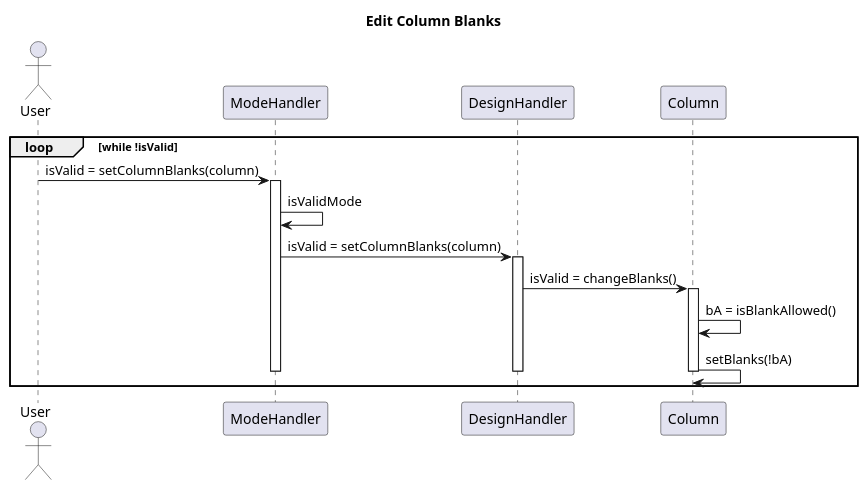
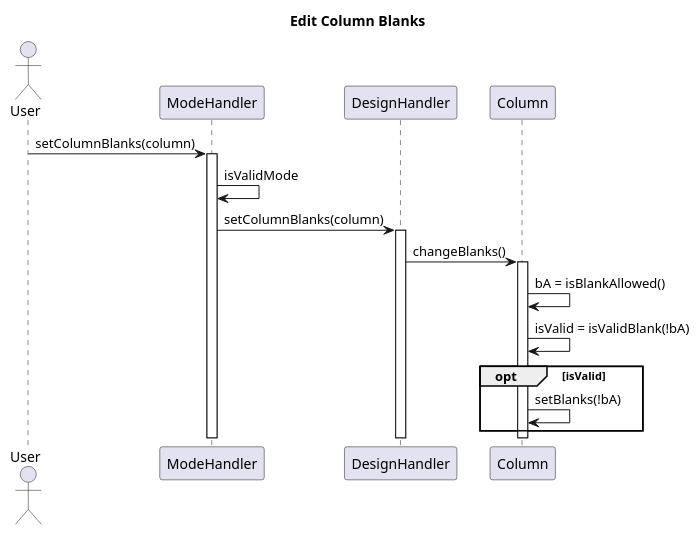
Before and after one commit to Bhamoss/softwareOntwerpProject: the diagram in diagrams/interactionDiagrams/editColumnBlanks.puml, drawn with PlantUML. The commit also changed 2 other files, not shown here.

Commit message:
interaction sequence diagram of editColumnCharacteristic

```diff
--- a/diagrams/interactionDiagrams/editColumnBlanks.puml
+++ b/diagrams/interactionDiagrams/editColumnBlanks.puml
@@ -1,23 +1,27 @@
 @startuml
 title Edit Column Blanks
 Actor User
 
-loop while !isValid
-    User -> ModeHandler: isValid = setColumnBlanks(column)
+
+    User -> ModeHandler: setColumnBlanks(column)
     activate ModeHandler
     ModeHandler -> ModeHandler: isValidMode
-    ModeHandler -> DesignHandler: isValid = setColumnBlanks(column)
+    ModeHandler -> DesignHandler: setColumnBlanks(column)
     activate DesignHandler
-    DesignHandler -> Column: isValid = changeBlanks()
+    DesignHandler -> Column: changeBlanks()
     activate Column
     Column -> Column: bA = isBlankAllowed()
-    Column -> Column: setBlanks(!bA)
+    Column -> Column: isValid = isValidBlank(!bA)
+    opt isValid
+        Column -> Column: setBlanks(!bA)
+    end
+
     deactivate Column
     deactivate DesignHandler
     deactivate ModeHandler
-end
+
 
 
 
 
 @enduml
```
